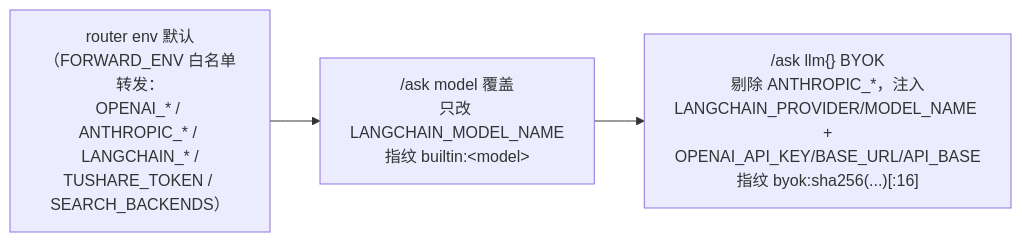
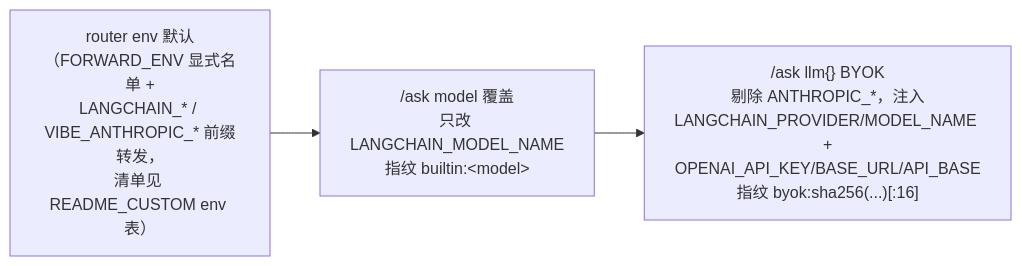
Before and after one commit to yqf19930712/Vibe-Trading: the third of 3 diagrams in PRODUCT_DESIGN.md, drawn with Mermaid. The commit also changed other lines of this file and 5 other files, not shown here.

First line of the commit message:
fix(router)+docs: 四轮整改 V-D1/V-D2——FORWARD_ENV 显式名单 + 前缀转发、offline 删会话连 runs、/memory/delete 审计与文件锁；出境代理三消费方与转发 env 文档回正，HISTORY 追加 V4

````diff
--- a/PRODUCT_DESIGN.md
+++ b/PRODUCT_DESIGN.md
@@ -249,7 +249,7 @@
 ```mermaid
 flowchart LR
-    A["router env 默认<br/>（FORWARD_ENV 白名单转发：<br/>OPENAI_* / ANTHROPIC_* / LANGCHAIN_* /<br/>TUSHARE_TOKEN / SEARCH_BACKENDS）"]
+    A["router env 默认<br/>（FORWARD_ENV 显式名单 +<br/>LANGCHAIN_* / VIBE_ANTHROPIC_* 前缀转发，<br/>清单见 README_CUSTOM env 表）"]
     B["/ask model 覆盖<br/>只改 LANGCHAIN_MODEL_NAME<br/>指纹 builtin:&lt;model&gt;"]
     C["/ask llm{} BYOK<br/>剔除 ANTHROPIC_*，注入<br/>LANGCHAIN_PROVIDER/MODEL_NAME +<br/>OPENAI_API_KEY/BASE_URL/API_BASE<br/>指纹 byok:sha256(...)[:16]"]
     A --> B --> C
 ```
````
